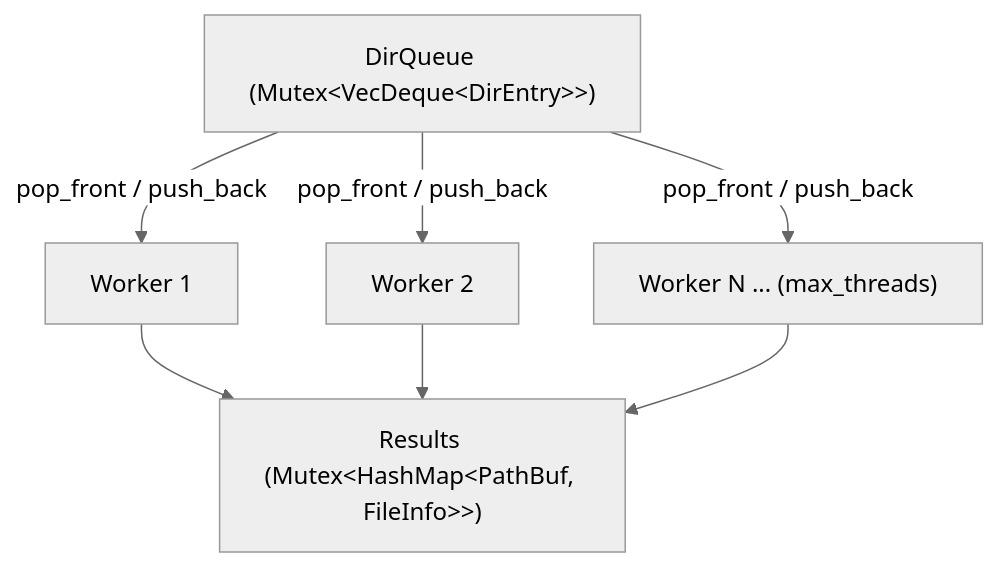
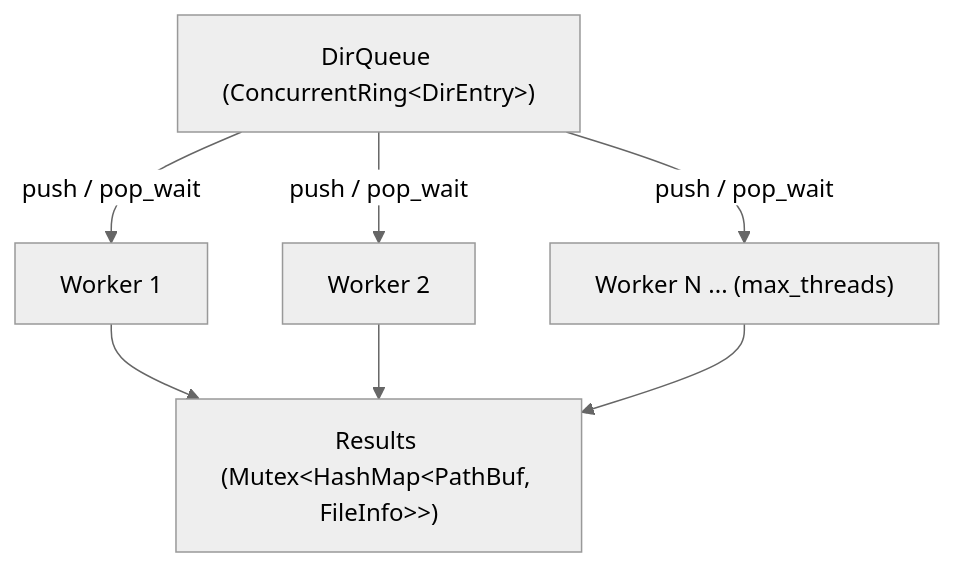
Before and after one commit to WaterBall20/water_ball_tool: the second of 9 diagrams in docs/zh_CN/ARCHITECTURE.md, drawn with Mermaid (neutral theme). The commit also changed other lines of this file and 63 other files, not shown here.

````diff
--- a/docs/zh_CN/ARCHITECTURE.md
+++ b/docs/zh_CN/ARCHITECTURE.md
@@ -207,9 +217,9 @@
 ```mermaid
 flowchart TD
-    queue["DirQueue (Mutex&lt;VecDeque&lt;DirEntry&gt;&gt;)"] -->|pop_front / push_back| w1["Worker 1"]
-    queue -->|pop_front / push_back| w2["Worker 2"]
-    queue -->|pop_front / push_back| wn["Worker N ... (max_threads)"]
+    queue["DirQueue (ConcurrentRing&lt;DirEntry&gt;)"] -->|push / pop_wait| w1["Worker 1"]
+    queue -->|push / pop_wait| w2["Worker 2"]
+    queue -->|push / pop_wait| wn["Worker N ... (max_threads)"]
     w1 --> results["Results (Mutex&lt;HashMap&lt;PathBuf, FileInfo&gt;&gt;)"]
     w2 --> results
     wn --> results
 ```
````
